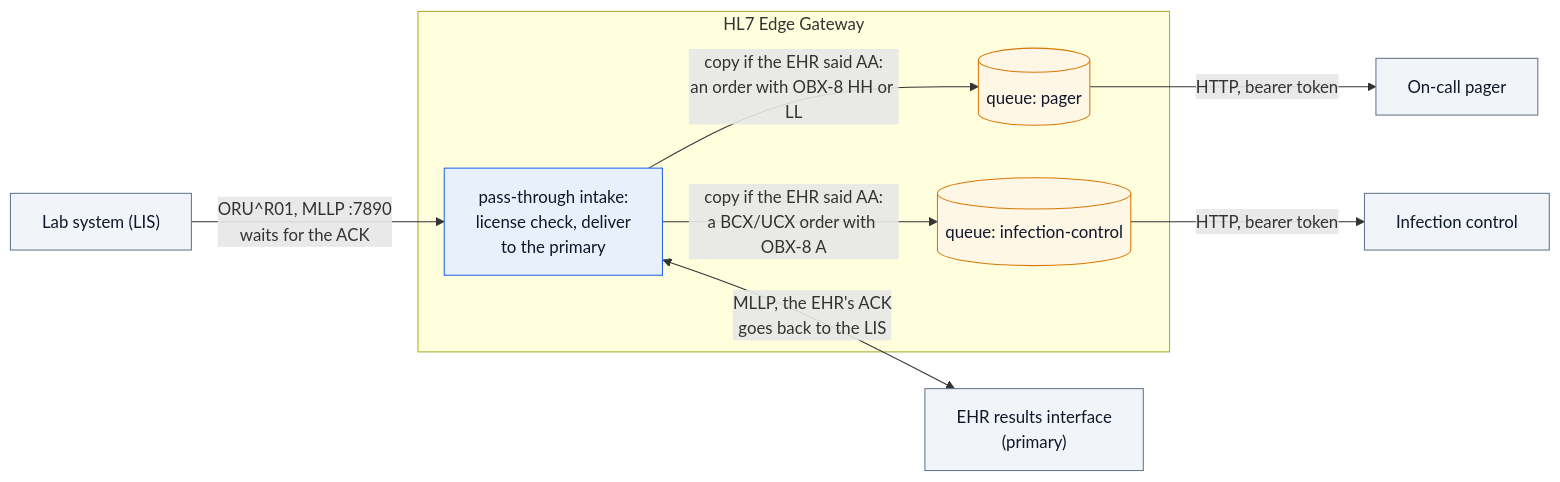
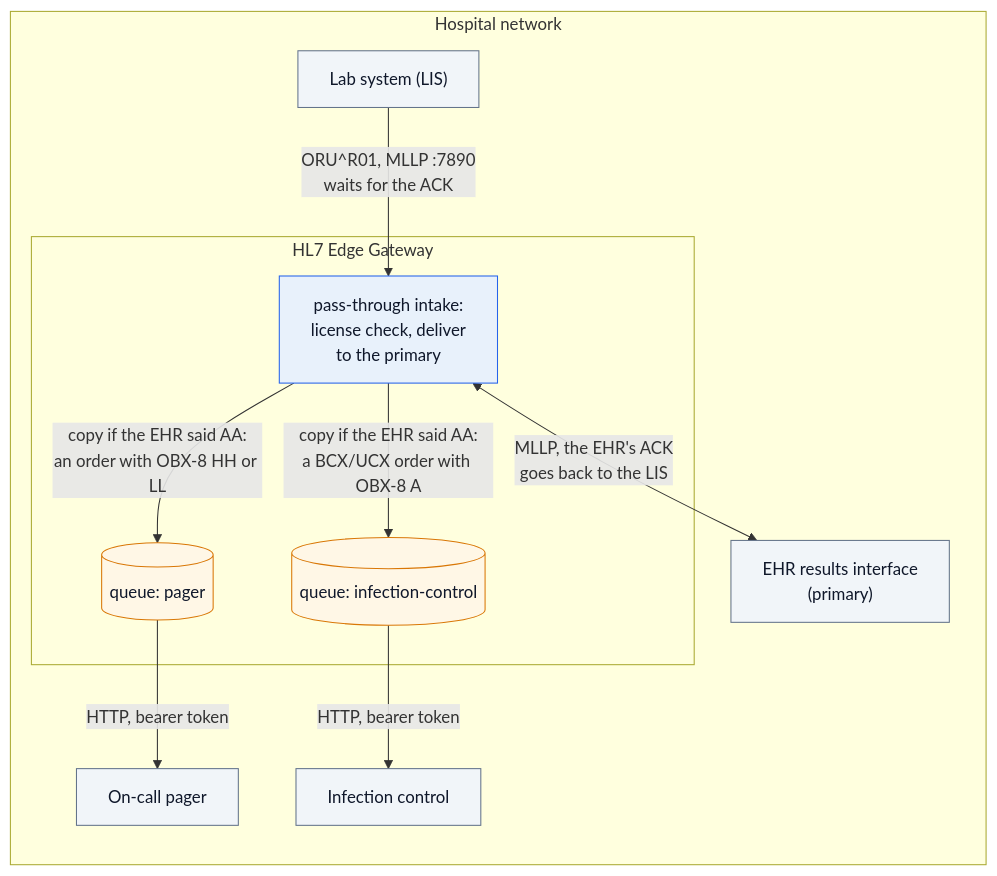
Before and after one commit to lambogenius/hl7-edge-gateway-examples: the diagram in 12-results-to-ehr-and-alerts/diagrams/architecture.mmd, drawn with Mermaid. The commit also changed 23 other files, not shown here.

Commit message:
Architecture diagrams: on-prem parts inside the hospital network, cloud load balancers inside the cloud network

```diff
--- a/12-results-to-ehr-and-alerts/diagrams/architecture.mmd
+++ b/12-results-to-ehr-and-alerts/diagrams/architecture.mmd
@@ -1,18 +1,20 @@
 flowchart LR
-  LIS["Lab system (LIS)"]:::ext -- "ORU^R01, MLLP :7890<br/>waits for the ACK" --> R
-  subgraph G["HL7 Edge Gateway"]
-    R["pass-through intake:<br/>license check, deliver<br/>to the primary"]:::gw
-    Q1[("queue: pager")]:::store
-    Q2[("queue: infection-control")]:::store
+  subgraph H["Hospital network"]
+    LIS["Lab system (LIS)"]:::ext -- "ORU^R01, MLLP :7890<br/>waits for the ACK" --> R
+    subgraph G["HL7 Edge Gateway"]
+      R["pass-through intake:<br/>license check, deliver<br/>to the primary"]:::gw
+      Q1[("queue: pager")]:::store
+      Q2[("queue: infection-control")]:::store
+    end
+    R <-- "MLLP, the EHR's ACK<br/>goes back to the LIS" --> EHR["EHR results interface<br/>(primary)"]:::ext
+    R -- "copy if the EHR said AA:<br/>an order with OBX-8 HH or LL" --> Q1
+    R -- "copy if the EHR said AA:<br/>a BCX/UCX order with OBX-8 A" --> Q2
+    Q1 -- "HTTP, bearer token" --> P["On-call pager"]:::ext
+    Q2 -- "HTTP, bearer token" --> IC["Infection control"]:::ext
   end
-  R <-- "MLLP, the EHR's ACK<br/>goes back to the LIS" --> EHR["EHR results interface<br/>(primary)"]:::ext
-  R -- "copy if the EHR said AA:<br/>an order with OBX-8 HH or LL" --> Q1
-  R -- "copy if the EHR said AA:<br/>a BCX/UCX order with OBX-8 A" --> Q2
-  Q1 -- "HTTP, bearer token" --> P["On-call pager"]:::ext
-  Q2 -- "HTTP, bearer token" --> IC["Infection control"]:::ext
 
   classDef gw fill:#e8f1fb,stroke:#2563eb,color:#0f172a
   classDef store fill:#fff7e6,stroke:#d97706,color:#0f172a
   classDef ext fill:#f1f5f9,stroke:#64748b,color:#0f172a
   classDef bad fill:#fdecec,stroke:#dc2626,color:#0f172a
   classDef ok fill:#ecfdf3,stroke:#16a34a,color:#0f172a
```
